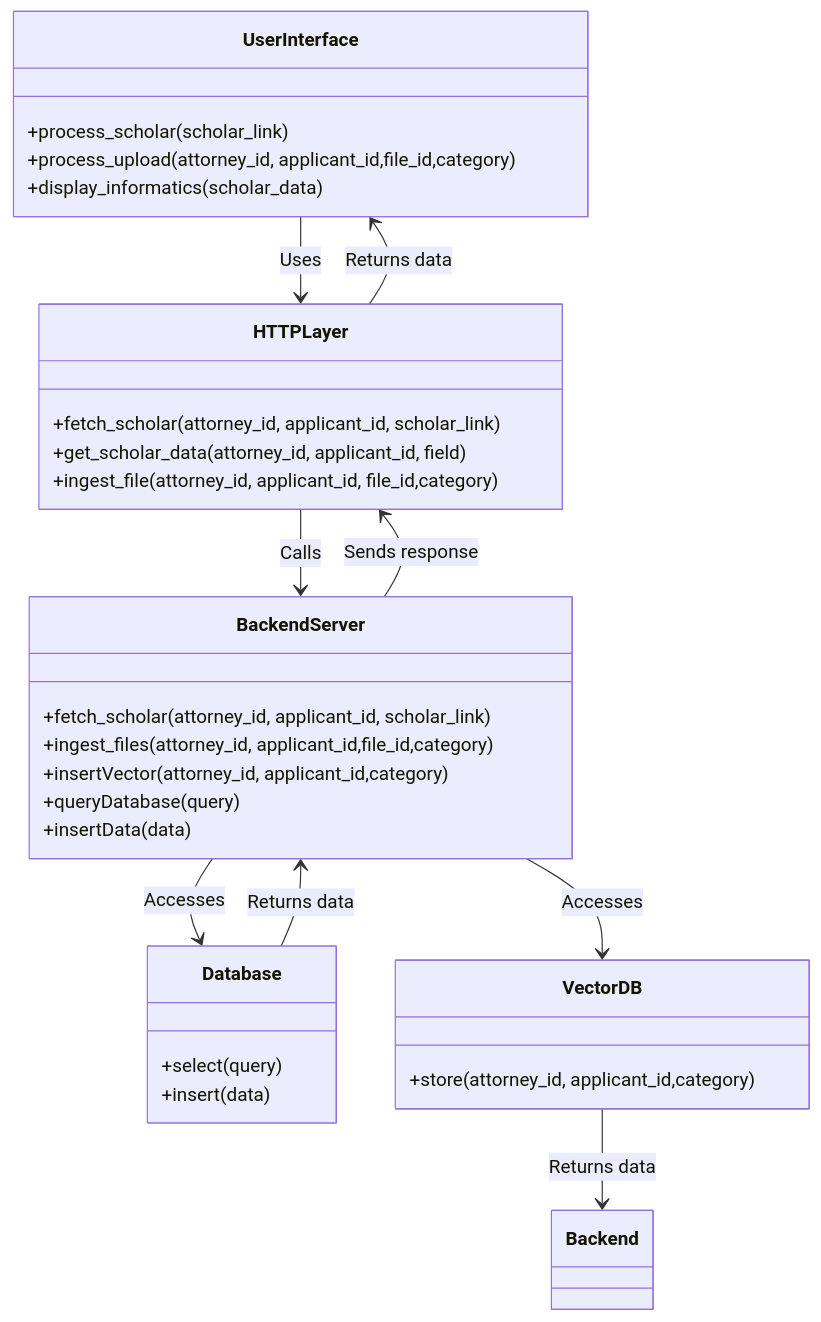
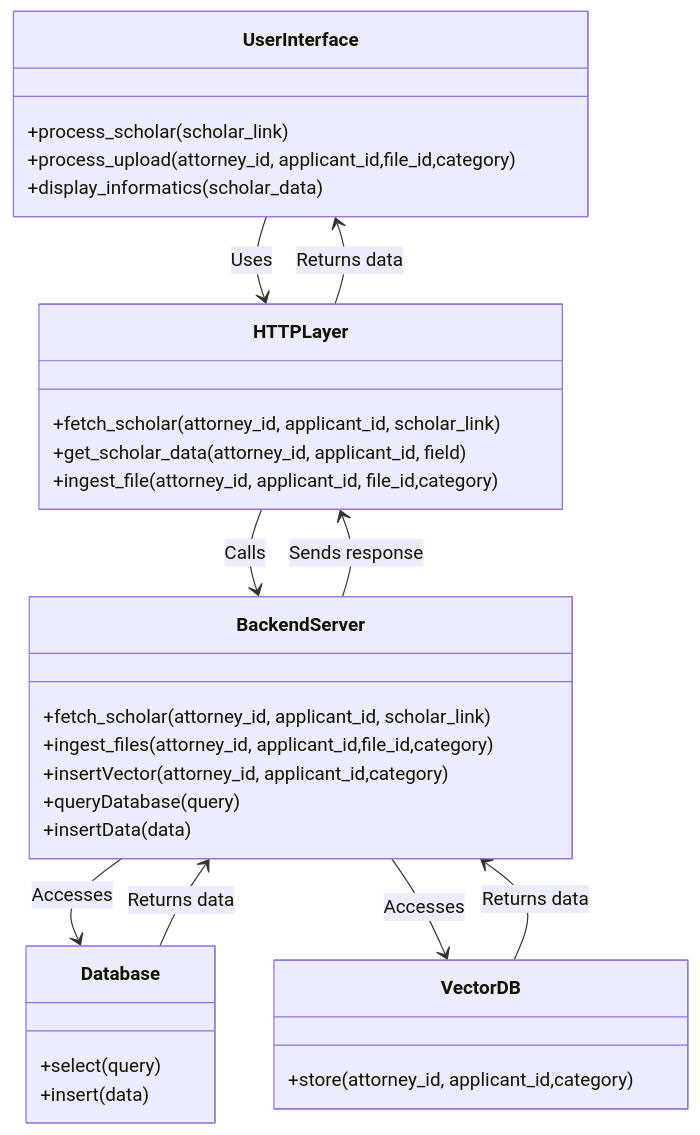
The diagram in api_diagram.md (Orison-AI/orison_ai), drawn with Mermaid before and after one commit.

````diff
--- a/api_diagram.md
+++ b/api_diagram.md
@@ -1,40 +1,40 @@
 ```mermaid
 classDiagram
 class UserInterface {
         +process_scholar(scholar_link)
         +process_upload(attorney_id, applicant_id,file_id,category)
         +display_informatics(scholar_data)
     }
 
 class HTTPLayer {
         +fetch_scholar(attorney_id, applicant_id, scholar_link)
         +get_scholar_data(attorney_id, applicant_id, field)
         +ingest_file(attorney_id, applicant_id, file_id,category)
     }
 
 class BackendServer {
         +fetch_scholar(attorney_id, applicant_id, scholar_link)
         +ingest_files(attorney_id, applicant_id,file_id,category)
         +insertVector(attorney_id, applicant_id,category)
         +queryDatabase(query)
         +insertData(data)
     }
 
 class Database {
         +select(query)
         +insert(data)
     }
 
 class VectorDB {
     +store(attorney_id, applicant_id,category)
 }
 
 UserInterface-- > HTTPLayer: Uses
 HTTPLayer-- > BackendServer: Calls
 BackendServer-- > Database: Accesses
 BackendServer-- > VectorDB: Accesses
+VectorDB --> BackendServer: Returns data
 Database --> BackendServer: Returns data
 BackendServer --> HTTPLayer: Sends response
 HTTPLayer --> UserInterface: Returns data
-VectorDB --> Backend: Returns data
 ```
````
